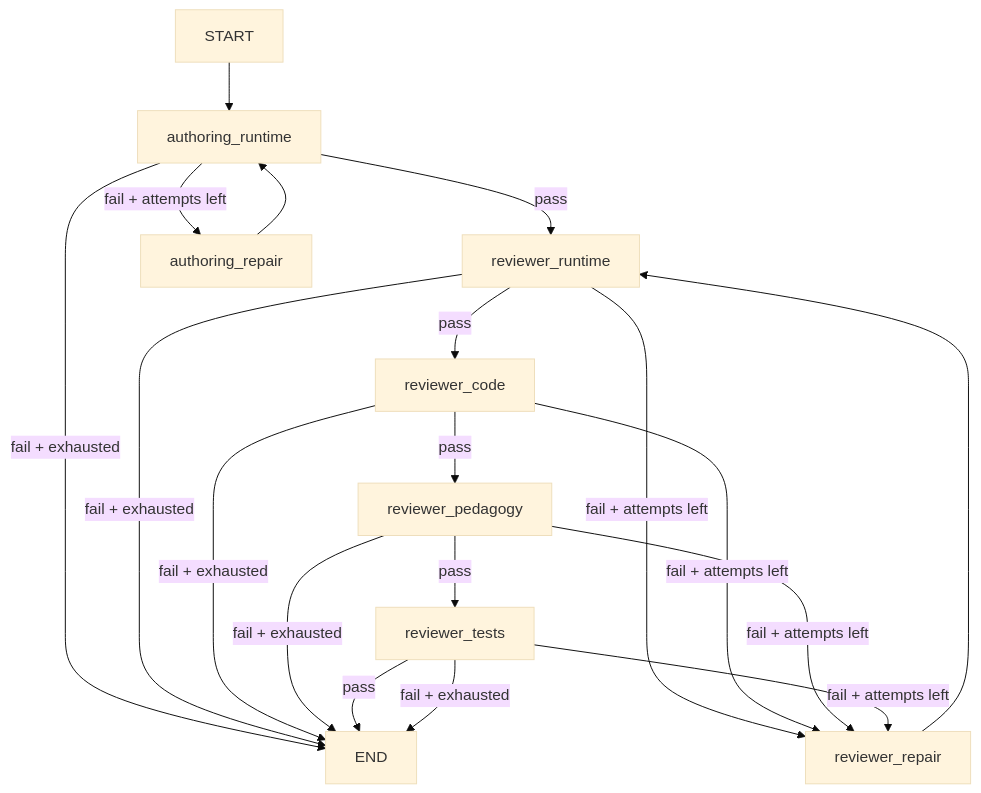
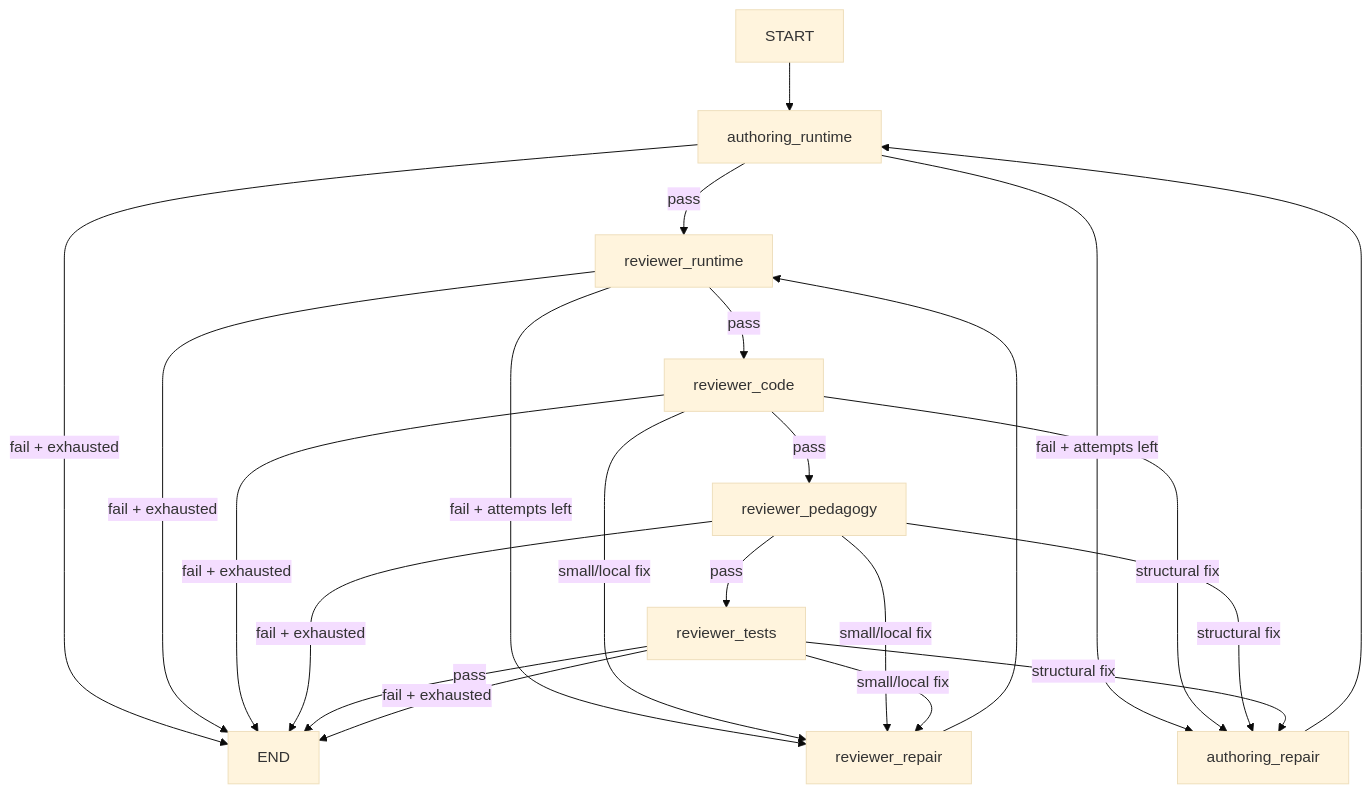
One commit to KingsGambitLab/learning-foundry changed the diagram in README.md. Above: the diagram before and after it, drawn with Mermaid (base theme). The commit also changed other lines of this file and 15 other files, not shown here.

Commit message:
Strengthen review routing and draft timeline visibility

````diff
--- a/README.md
+++ b/README.md
@@ -377,26 +361,29 @@
 ```mermaid
 flowchart TD
     START --> AR["authoring_runtime"]
     AR -->|"pass"| RR["reviewer_runtime"]
     AR -->|"fail + attempts left"| AP["authoring_repair"]
     AR -->|"fail + exhausted"| END
     AP --> AR
 
     RR -->|"pass"| RC["reviewer_code"]
     RR -->|"fail + attempts left"| RP["reviewer_repair"]
     RR -->|"fail + exhausted"| END
 
     RC -->|"pass"| RPED["reviewer_pedagogy"]
-    RC -->|"fail + attempts left"| RP
+    RC -->|"small/local fix"| RP
+    RC -->|"structural fix"| AP
     RC -->|"fail + exhausted"| END
 
     RPED -->|"pass"| RT["reviewer_tests"]
-    RPED -->|"fail + attempts left"| RP
+    RPED -->|"small/local fix"| RP
+    RPED -->|"structural fix"| AP
     RPED -->|"fail + exhausted"| END
 
     RT -->|"pass"| END
-    RT -->|"fail + attempts left"| RP
+    RT -->|"small/local fix"| RP
+    RT -->|"structural fix"| AP
     RT -->|"fail + exhausted"| END
 
     RP --> RR
 ```
````
